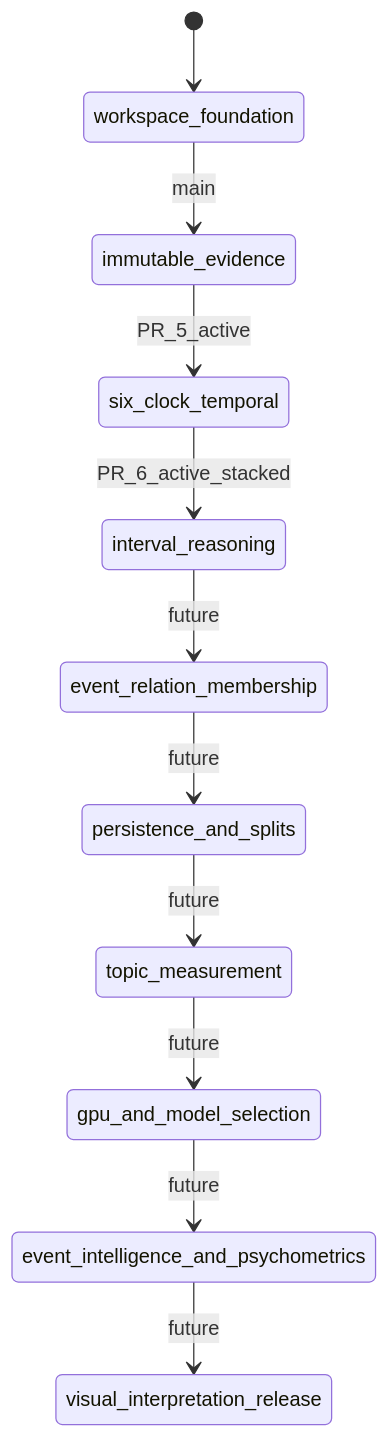
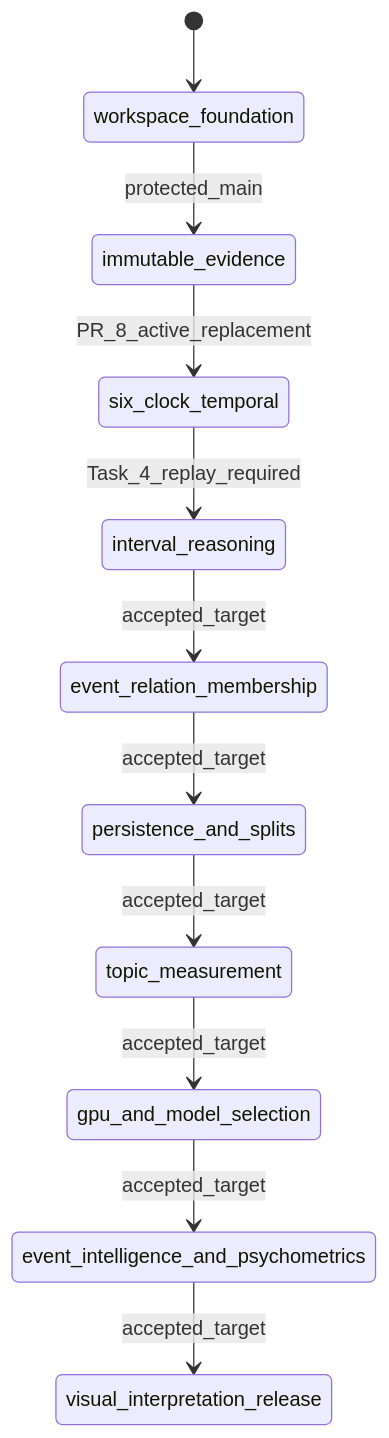
Before and after one commit to ContextualWisdomLab/TEPP: the seventh of 7 diagrams in docs/UML.md, drawn with Mermaid. The commit also changed other lines of this file, not shown here.

Commit message:
docs: update UML for canonical temporal implementation lineage

````diff
--- a/docs/UML.md
+++ b/docs/UML.md
@@ -137,13 +137,13 @@
 ```mermaid
 stateDiagram-v2
     [*] --> workspace_foundation
-    workspace_foundation --> immutable_evidence: main
-    immutable_evidence --> six_clock_temporal: PR_5_active
-    six_clock_temporal --> interval_reasoning: PR_6_active_stacked
-    interval_reasoning --> event_relation_membership: future
-    event_relation_membership --> persistence_and_splits: future
-    persistence_and_splits --> topic_measurement: future
-    topic_measurement --> gpu_and_model_selection: future
-    gpu_and_model_selection --> event_intelligence_and_psychometrics: future
-    event_intelligence_and_psychometrics --> visual_interpretation_release: future
+    workspace_foundation --> immutable_evidence: protected_main
+    immutable_evidence --> six_clock_temporal: PR_8_active_replacement
+    six_clock_temporal --> interval_reasoning: Task_4_replay_required
+    interval_reasoning --> event_relation_membership: accepted_target
+    event_relation_membership --> persistence_and_splits: accepted_target
+    persistence_and_splits --> topic_measurement: accepted_target
+    topic_measurement --> gpu_and_model_selection: accepted_target
+    gpu_and_model_selection --> event_intelligence_and_psychometrics: accepted_target
+    event_intelligence_and_psychometrics --> visual_interpretation_release: accepted_target
 ```
````
